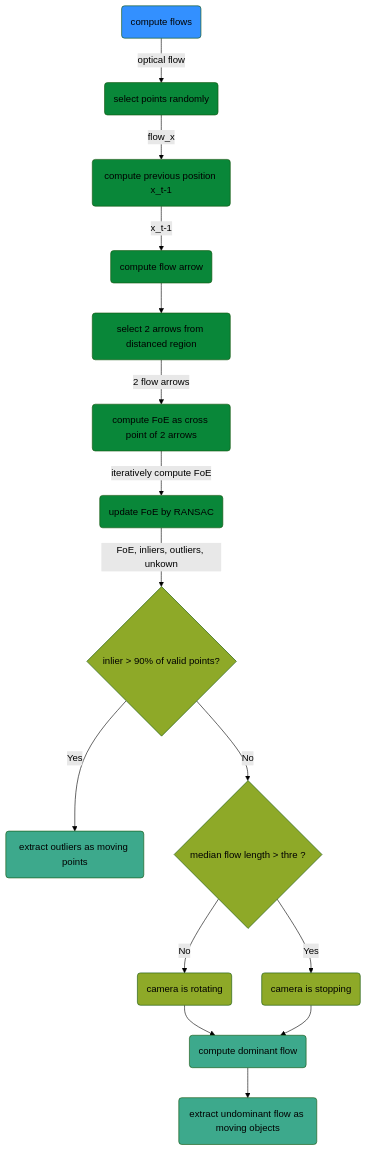
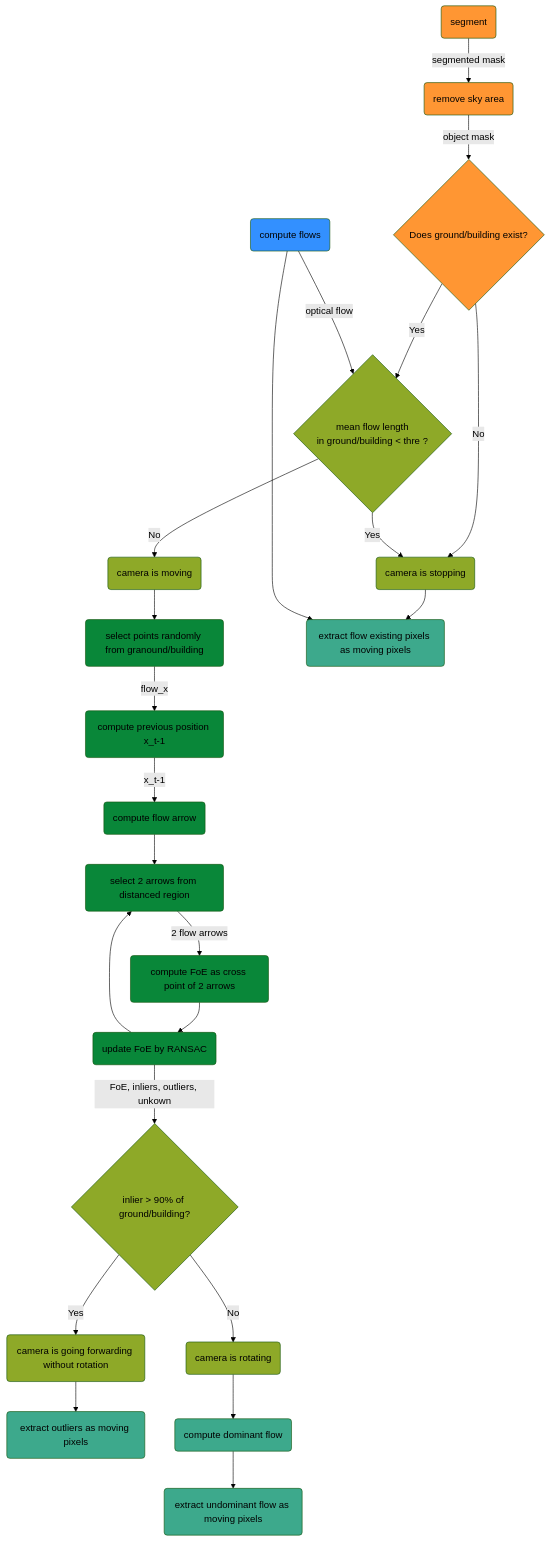
Before and after one commit to MasahiroOgawa/reconstruct4D: the diagram in doc/flowchart_foebased_movingobjectdetection.md, drawn with Mermaid (forest theme). The commit also changed 1 other file, not shown here.

Commit message:
update flow chart.

````diff
--- a/doc/flowchart_foebased_movingobjectdetection.md
+++ b/doc/flowchart_foebased_movingobjectdetection.md
@@ -1,22 +1,31 @@
 ```mermaid
 flowchart TD
-    A(compute flows) -->|optical flow| B(select points randomly)
-    B:::foe --> |flow_x| C(compute previous position x_t-1)
-    C:::foe --> |x_t-1| E(compute flow arrow)
-    E:::foe --> F(select 2 arrows from distanced region)
-    F:::foe --> |2 flow arrows| G(compute FoE as cross point of 2 arrows)
-    G:::foe --> |iteratively compute FoE| H(update FoE by RANSAC)
-    H:::foe --> |FoE, inliers, outliers, unkown| I{inlier > 90% of valid points?}
-    I:::cam --> |Yes| J(extract outliers as moving points):::movpix
-    I --> |No| M{median flow length > thre ?}:::cam
+    D(segment):::seg --> |segmented mask| P(remove sky area):::seg
+    P --> |object mask| R{Does ground/building exist?}:::seg
+    R --> |Yes| M{mean flow length \n in ground/building < thre ?}:::cam
+    R --> |No| N
+    A(compute flows) -->|optical flow| M
     M --> |Yes| N(camera is stopping):::cam
-    M --> |No| O(camera is rotating):::cam
-    O --> K(compute dominant flow):::movpix
-    N --> K
-    K --> L(extract undominant flow as moving objects):::movpix
+    M --> |No| O(camera is moving):::cam
+    O --> B(select points randomly from granound/building):::foe
+    B --> |flow_x| C(compute previous position x_t-1):::foe
+    C --> |x_t-1| E(compute flow arrow):::foe
+    E --> F(select 2 arrows from distanced region):::foe
+    F --> |2 flow arrows| G(compute FoE as cross point of 2 arrows):::foe
+    H --> F
+    G --> H(update FoE by RANSAC):::foe
+    H --> |FoE, inliers, outliers, unkown| I{inlier > 90% of ground/building?}:::cam
+    I --> |Yes| S(camera is going forwarding without rotation):::cam
+    S --> J(extract outliers as moving pixels):::movpix
+    I --> |No| T(camera is rotating):::cam
+    T --> K(compute dominant flow):::movpix
+    N --> Q(extract flow existing pixels as moving pixels):::movpix
+    A --> Q
+    K --> L(extract undominant flow as moving pixels):::movpix
 
     style A fill:#3390FF
+    classDef seg fill:#FF9633 
     classDef foe fill:#098739
     classDef cam fill: #8EA928
     classDef movpix fill: #3DA98C
 ```
````
